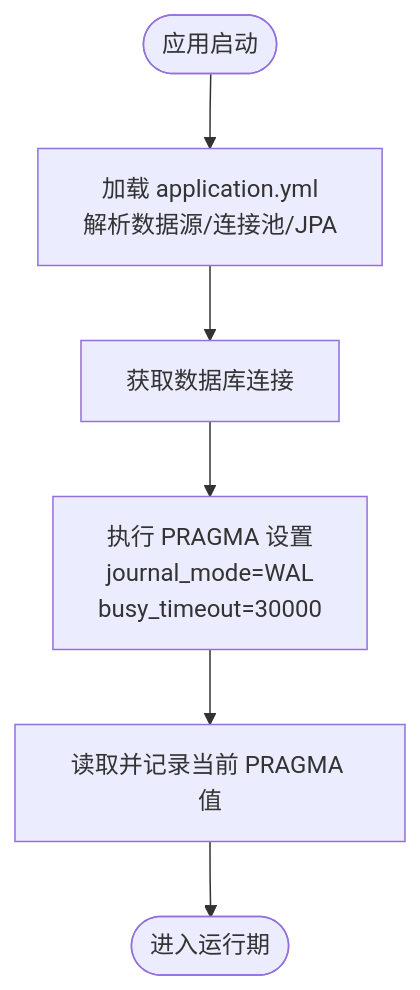
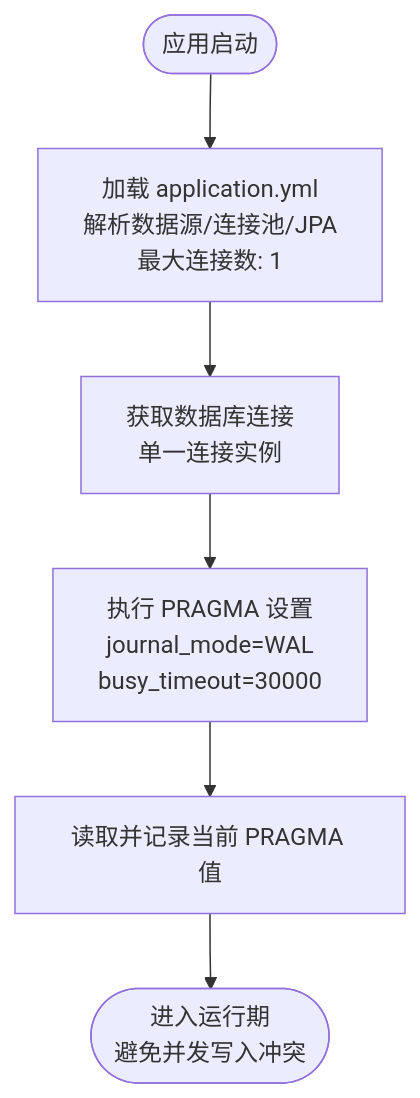
One commit to kinke0/ProductList changed the third of 8 diagrams in .qoder/repowiki/zh/content/数据库设计/数据模型设计/数据库架构设计.md. Above: the diagram before and after it, drawn with Mermaid. The commit also changed other lines of this file and 106 other files, not shown here.

Commit message:
V1.1.0: 修复清单导航树不匹配+统计视图加载遮罩+上下移提示

````diff
--- a/.qoder/repowiki/zh/content/数据库设计/数据模型设计/数据库架构设计.md
+++ b/.qoder/repowiki/zh/content/数据库设计/数据模型设计/数据库架构设计.md
@@ -162,8 +162,8 @@
 ```mermaid
 flowchart TD
-Start(["应用启动"]) --> LoadCfg["加载 application.yml<br/>解析数据源/连接池/JPA"]
-LoadCfg --> GetConn["获取数据库连接"]
+Start(["应用启动"]) --> LoadCfg["加载 application.yml<br/>解析数据源/连接池/JPA<br/>最大连接数: 1"]
+LoadCfg --> GetConn["获取数据库连接<br/>单一连接实例"]
 GetConn --> SetPragma["执行 PRAGMA 设置<br/>journal_mode=WAL<br/>busy_timeout=30000"]
 SetPragma --> LogCfg["读取并记录当前 PRAGMA 值"]
-LogCfg --> Ready(["进入运行期"])
+LogCfg --> Ready(["进入运行期<br/>避免并发写入冲突"])
 ```
````
